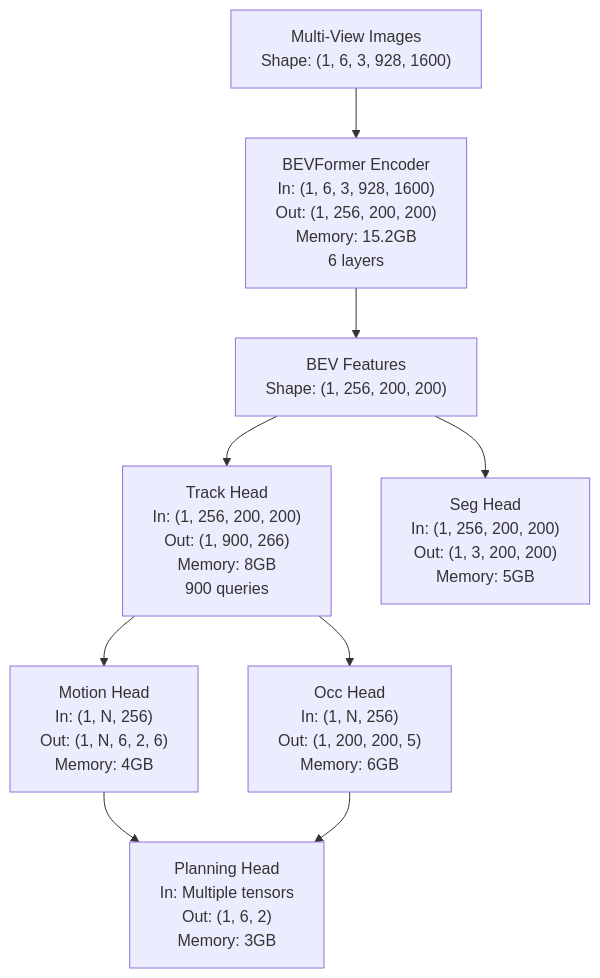
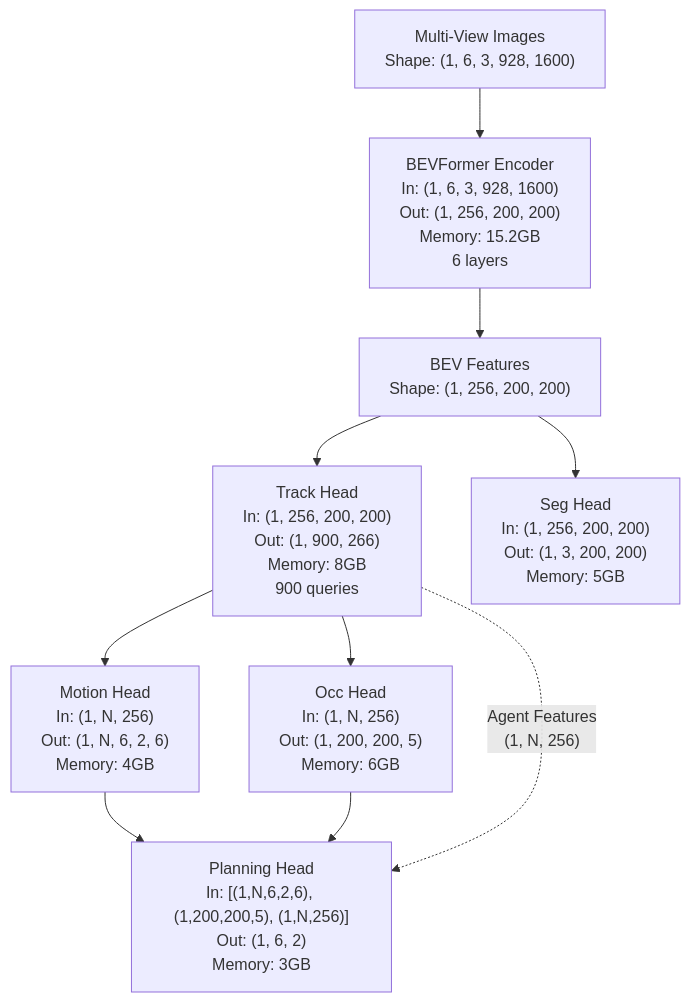
Before and after one commit to litanlitudan/UniAD: the first of 9 diagrams in tools/pytorch_op_tracer/SPEC.md, drawn with Mermaid. The commit also changed other lines of this file and 1 other file, not shown here.

Commit message:
feat: enhance SPEC.md and planning_head_report.md with detailed tensor shape tracking and visualization for Planning Head inputs

````diff
--- a/tools/pytorch_op_tracer/SPEC.md
+++ b/tools/pytorch_op_tracer/SPEC.md
@@ -306,14 +306,15 @@
 ```mermaid
 graph TB
     Input["Multi-View Images<br/>Shape: (1, 6, 3, 928, 1600)"] --> BEVFormer["BEVFormer Encoder<br/>In: (1, 6, 3, 928, 1600)<br/>Out: (1, 256, 200, 200)<br/>Memory: 15.2GB<br/>6 layers"]
     BEVFormer --> BEV["BEV Features<br/>Shape: (1, 256, 200, 200)"]
     
     BEV --> TrackHead["Track Head<br/>In: (1, 256, 200, 200)<br/>Out: (1, 900, 266)<br/>Memory: 8GB<br/>900 queries"]
     BEV --> SegHead["Seg Head<br/>In: (1, 256, 200, 200)<br/>Out: (1, 3, 200, 200)<br/>Memory: 5GB"]
     
     TrackHead --> MotionHead["Motion Head<br/>In: (1, N, 256)<br/>Out: (1, N, 6, 2, 6)<br/>Memory: 4GB"]
     TrackHead --> OccHead["Occ Head<br/>In: (1, N, 256)<br/>Out: (1, 200, 200, 5)<br/>Memory: 6GB"]
     
-    MotionHead --> PlanHead["Planning Head<br/>In: Multiple tensors<br/>Out: (1, 6, 2)<br/>Memory: 3GB"]
+    MotionHead --> PlanHead["Planning Head<br/>In: [(1,N,6,2,6), (1,200,200,5), (1,N,256)]<br/>Out: (1, 6, 2)<br/>Memory: 3GB"]
     OccHead --> PlanHead
+    TrackHead -.-> |"Agent Features<br/>(1, N, 256)"| PlanHead
 ```
````
